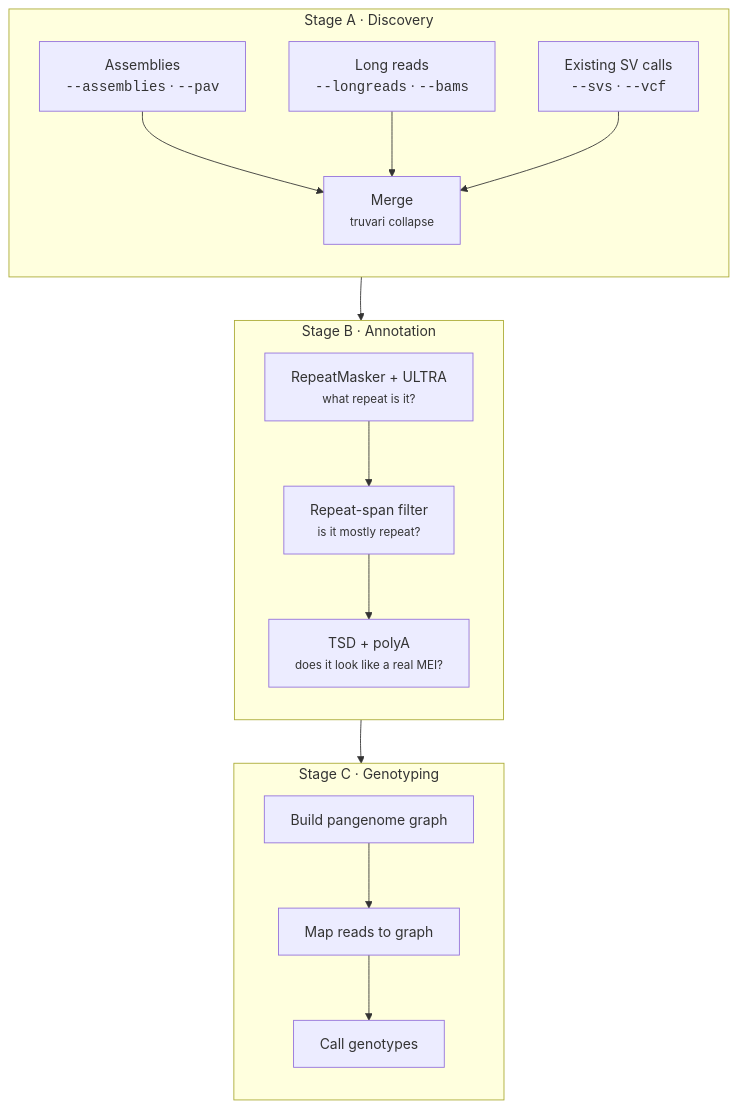
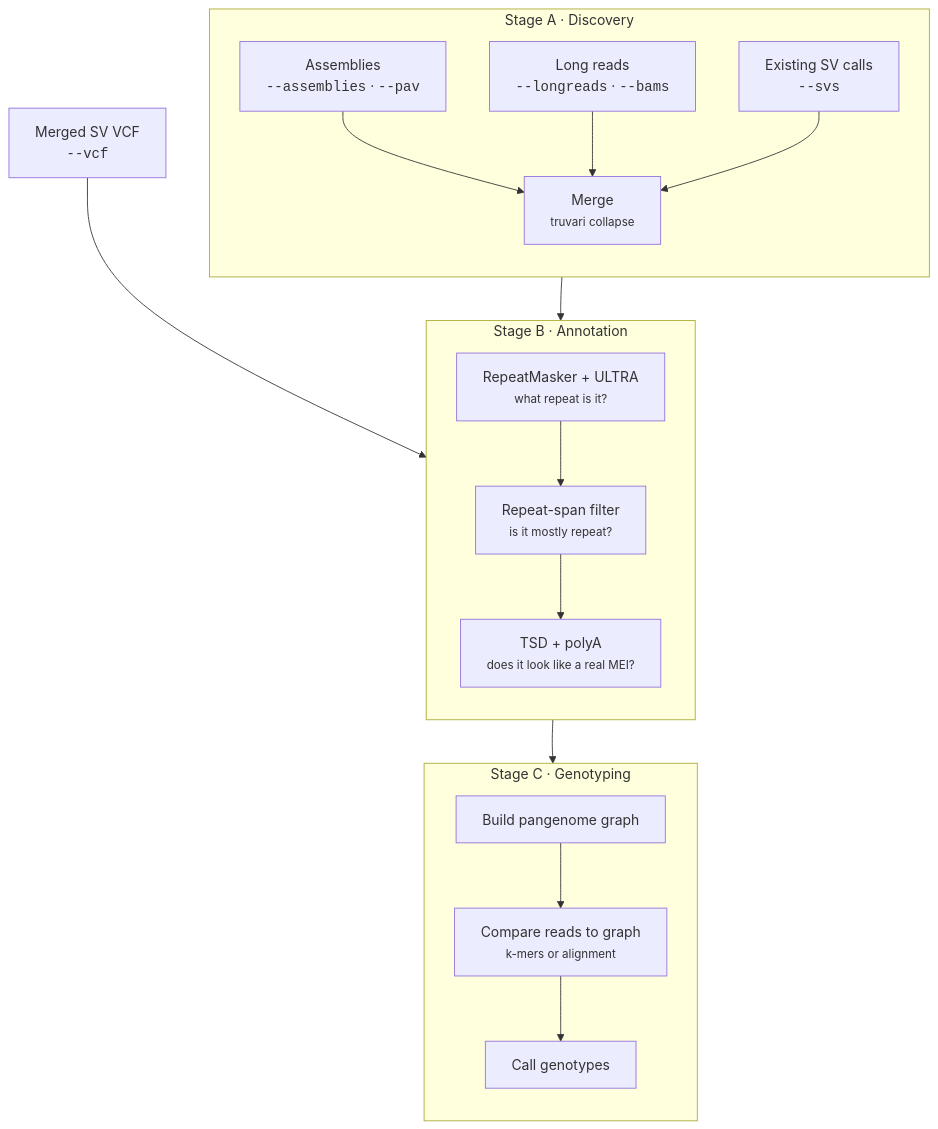
Before and after one commit to cgroza/GraffiTE: the diagram in docs/index.md, drawn with Mermaid. The commit also changed other lines of this file and 24 other files, not shown here.

````diff
--- a/docs/index.md
+++ b/docs/index.md
@@ -35,33 +35,36 @@
 ```mermaid
 flowchart TB
     subgraph A["Stage A · Discovery"]
         direction TB
         A1["Assemblies<br/><code>--assemblies</code> · <code>--pav</code>"]
         A2["Long reads<br/><code>--longreads</code> · <code>--bams</code>"]
-        A3["Existing SV calls<br/><code>--svs</code> · <code>--vcf</code>"]
+        A3["Existing SV calls<br/><code>--svs</code>"]
         A1 --> AM["Merge<br/><small>truvari collapse</small>"]
         A2 --> AM
         A3 --> AM
     end
 
     subgraph B["Stage B · Annotation"]
         direction TB
         B1["RepeatMasker + ULTRA<br/><small>what repeat is it?</small>"]
         B2["Repeat-span filter<br/><small>is it mostly repeat?</small>"]
         B3["TSD + polyA<br/><small>does it look like a real MEI?</small>"]
         B1 --> B2 --> B3
     end
 
     subgraph C["Stage C · Genotyping"]
         direction TB
         C1["Build pangenome graph"]
-        C2["Map reads to graph"]
+        C2["Compare reads to graph<br/><small>k-mers or alignment</small>"]
         C3["Call genotypes"]
         C1 --> C2 --> C3
     end
 
+    V["Merged SV VCF<br/><code>--vcf</code>"]
+
     AM --> B1
+    V --> B1
     B3 --> C1
 
     A ~~~ B ~~~ C
 ```
````
